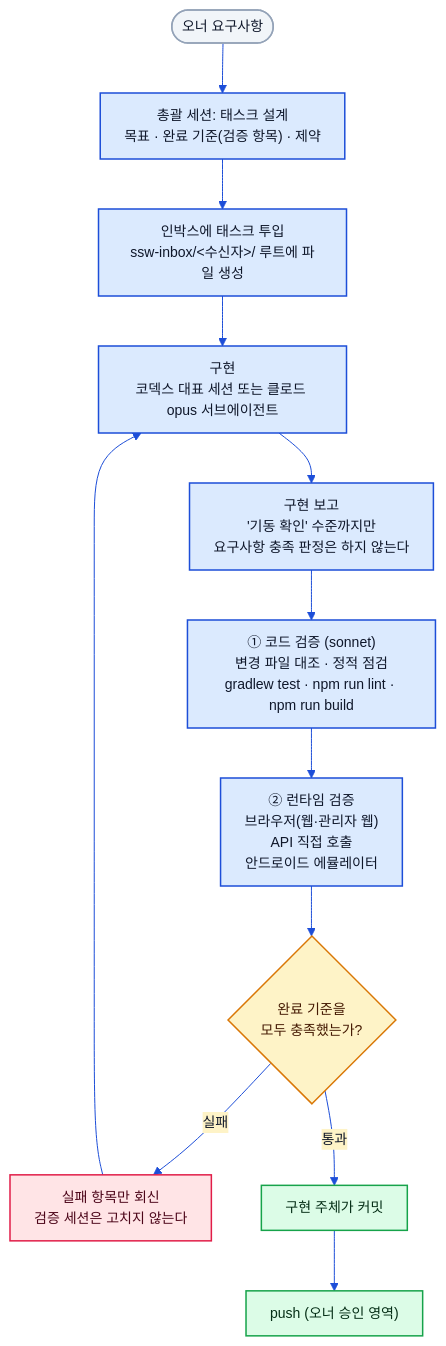
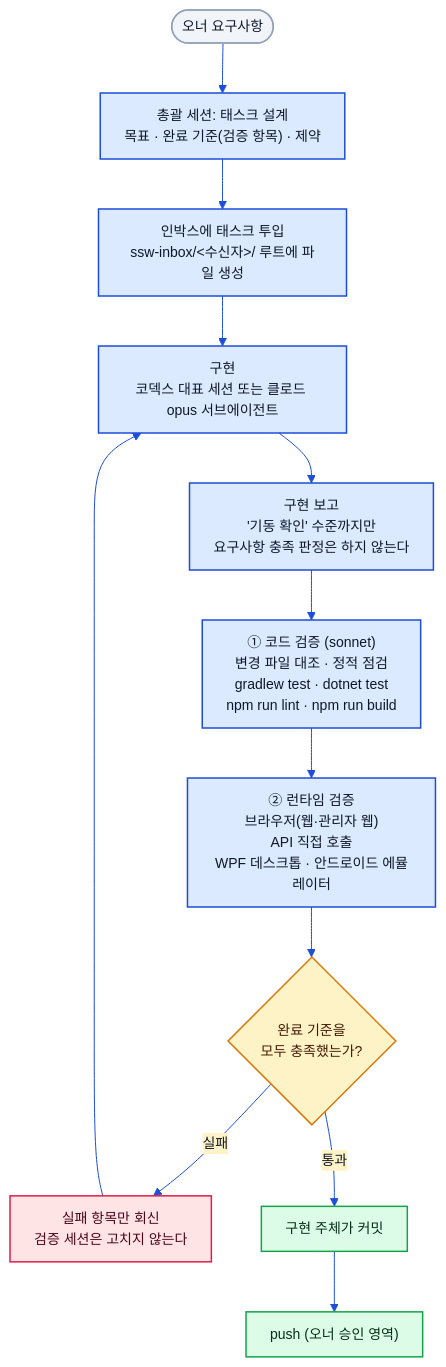
The first of 2 diagrams in docs/architecture/08-verification-pipeline.md (s-work-agency/ssw-e-commerce-demo-public), drawn with Mermaid before and after one commit. The commit also changed other lines of this file and 30 other files, not shown here.

Commit message:
docs: 다이어그램 SVG 폐지·mermaid 일원화 및 구성도·ERD 최신화

````diff
--- a/docs/architecture/08-verification-pipeline.md
+++ b/docs/architecture/08-verification-pipeline.md
@@ -15,30 +13,30 @@
 ```mermaid
 %%{init: {"theme":"base","fontFamily":"Pretendard, Malgun Gothic, sans-serif","themeVariables":{"fontSize":"14px","primaryColor":"#DBEAFE","primaryBorderColor":"#1D4ED8","primaryTextColor":"#0F172A","lineColor":"#1D4ED8","secondaryColor":"#FEF3C7","tertiaryColor":"#DCFCE7","clusterBkg":"#F8FAFC","clusterBorder":"#CBD5E1","noteBkgColor":"#FEF3C7","noteBorderColor":"#D97706","actorBkg":"#DBEAFE","actorBorder":"#1D4ED8","actorTextColor":"#0F172A","signalColor":"#1D4ED8","signalTextColor":"#0F172A","labelBoxBkgColor":"#DBEAFE","labelBoxBorderColor":"#1D4ED8","altSectionBkgColor":"#F8FAFC"},"flowchart":{"curve":"basis","htmlLabels":true,"padding":12}}}%%
 %% 공통 브랜드 테마 — architecture/*.md 전 다이어그램에 동일한 init 블록이 들어간다. 색을 바꿀 때는 이 폴더 전 파일을 일괄 치환할 것.
 flowchart TD
     req(["오너 요구사항"]) --> design["총괄 세션: 태스크 설계<br/>목표 · 완료 기준(검증 항목) · 제약"]
     design --> dispatch["인박스에 태스크 투입<br/>ssw-inbox/&lt;수신자&gt;/ 루트에 파일 생성"]
 
     dispatch --> impl["구현<br/>코덱스 대표 세션 또는 클로드 opus 서브에이전트"]
     impl --> report["구현 보고<br/>'기동 확인' 수준까지만<br/>요구사항 충족 판정은 하지 않는다"]
 
-    report --> vcode["① 코드 검증 (sonnet)<br/>변경 파일 대조 · 정적 점검<br/>gradlew test · npm run lint · npm run build"]
-    vcode --> vrun["② 런타임 검증<br/>브라우저(웹·관리자 웹)<br/>API 직접 호출<br/>안드로이드 에뮬레이터"]
+    report --> vcode["① 코드 검증 (sonnet)<br/>변경 파일 대조 · 정적 점검<br/>gradlew test · dotnet test<br/>npm run lint · npm run build"]
+    vcode --> vrun["② 런타임 검증<br/>브라우저(웹·관리자 웹)<br/>API 직접 호출<br/>WPF 데스크톱 · 안드로이드 에뮬레이터"]
 
     vrun --> verdict{"완료 기준을<br/>모두 충족했는가?"}
     verdict -->|"실패"| fail["실패 항목만 회신<br/>검증 세션은 고치지 않는다"]
     fail --> impl
     verdict -->|"통과"| commit["구현 주체가 커밋"]
     commit --> push["push (오너 승인 영역)"]
 
     classDef step fill:#DBEAFE,stroke:#1D4ED8,stroke-width:1.5px,color:#0F172A
     classDef gate fill:#FEF3C7,stroke:#D97706,stroke-width:1.5px,color:#451A03
     classDef failc fill:#FFE4E6,stroke:#E11D48,stroke-width:1.5px,color:#4C0519
     classDef ok fill:#DCFCE7,stroke:#16A34A,stroke-width:1.5px,color:#052E16
     classDef ext fill:#F1F5F9,stroke:#94A3B8,stroke-width:1.5px,color:#0F172A
     class design,dispatch,impl,report,vcode,vrun step
     class verdict gate
     class fail failc
     class commit,push ok
     class req ext
 ```
````
